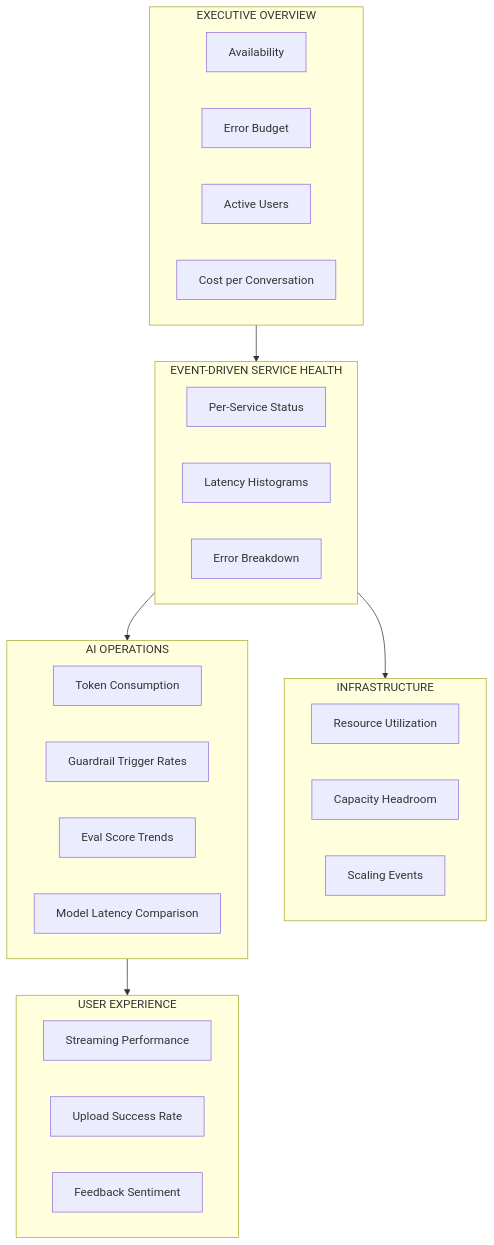
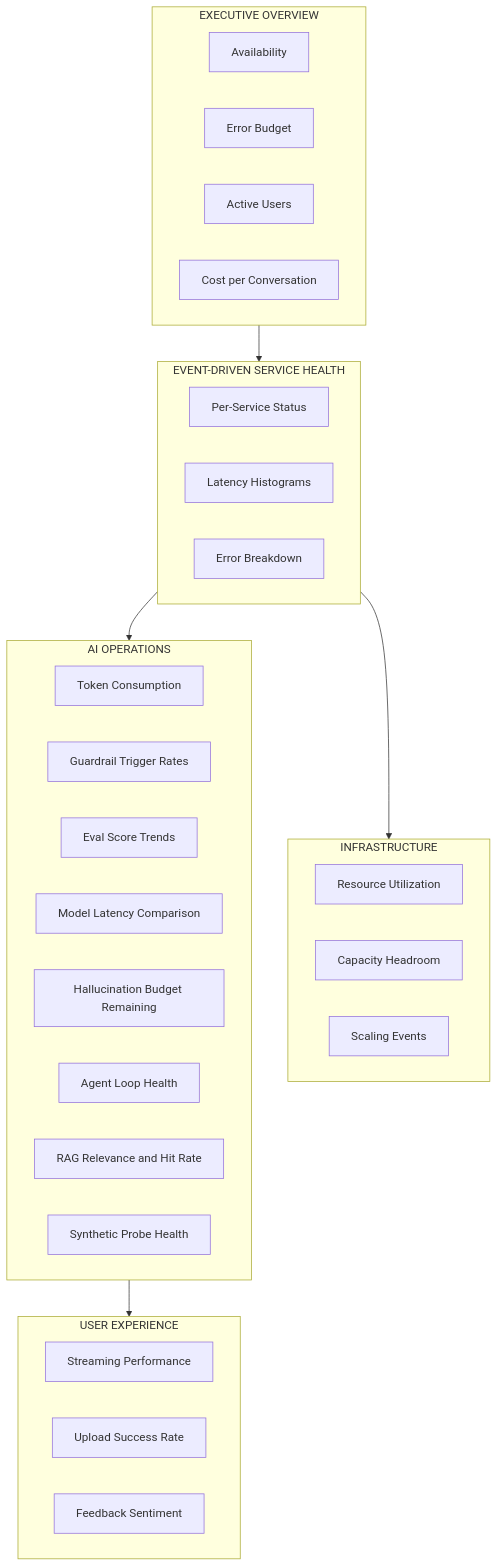
Diagram 12 of 13 in plan/22-monitoring.md (1qh/safeagent), drawn with Mermaid before and after one commit. The commit also changed other lines of this file, not shown here.

Commit message:
expand monitoring plan with AI-specific monitoring: LLM quality scoring, agentic workflow tracing, RAG pipeline, security, synthetic probes, cost anomaly detection, prompt deployment correlation, and business metric correlation

````diff
--- a/plan/22-monitoring.md
+++ b/plan/22-monitoring.md
@@ -284,39 +1351,43 @@
 ```mermaid
 graph TB
   subgraph EXECUTIVE[EXECUTIVE OVERVIEW]
     AVAILABILITY_TILE[Availability]
     ERROR_BUDGET_TILE[Error Budget]
     ACTIVE_USERS_TILE[Active Users]
     COST_TILE[Cost per Conversation]
   end
 
   subgraph SERVICE[EVENT-DRIVEN SERVICE HEALTH]
     SERVICE_STATUS[Per-Service Status]
     LATENCY_HIST[Latency Histograms]
     ERROR_BREAKDOWN[Error Breakdown]
   end
 
   subgraph INFRA[INFRASTRUCTURE]
     UTILIZATION[Resource Utilization]
     HEADROOM[Capacity Headroom]
     SCALING_EVENTS[Scaling Events]
   end
 
   subgraph AIOPS[AI OPERATIONS]
     TOKEN_USAGE[Token Consumption]
     GUARDRAIL_RATES[Guardrail Trigger Rates]
     EVAL_TRENDS[Eval Score Trends]
     MODEL_LATENCY[Model Latency Comparison]
+    HALLUCINATION_BUDGET[Hallucination Budget Remaining]
+    AGENT_LOOP_HEALTH[Agent Loop Health]
+    RAG_RELEVANCE[RAG Relevance and Hit Rate]
+    SYNTHETIC_HEALTH[Synthetic Probe Health]
   end
 
   subgraph UX[USER EXPERIENCE]
     STREAMING_PERF[Streaming Performance]
     UPLOAD_SUCCESS[Upload Success Rate]
     FEEDBACK_SENTIMENT[Feedback Sentiment]
   end
 
   EXECUTIVE --> SERVICE
   SERVICE --> INFRA
   SERVICE --> AIOPS
   AIOPS --> UX
 ```
````
